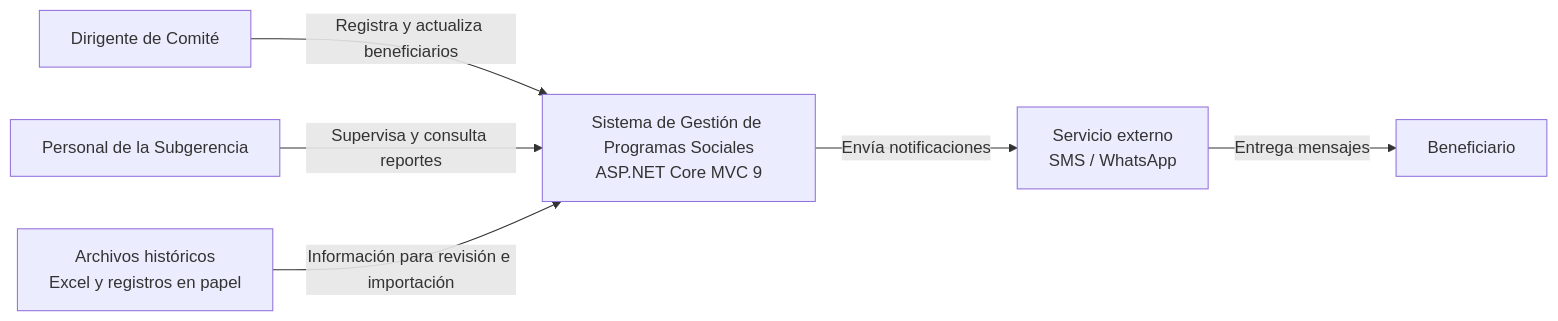
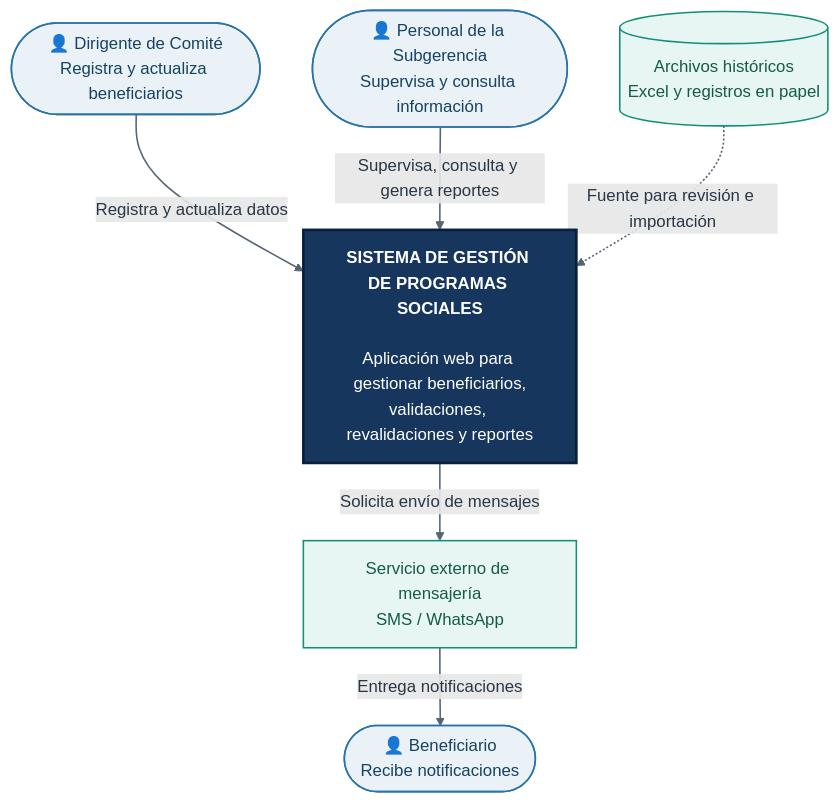
One commit to Yey-Cardenas/Programas-Sociales changed the diagram in arquitectura/C4/C1-contexto.md. Above: the diagram before and after it, drawn with Mermaid. The commit also changed other lines of this file and 3 other files, not shown here.

Commit message:
docs: mejorar diagramas del modelo C4 con Mermaid

````diff
--- a/arquitectura/C4/C1-contexto.md
+++ b/arquitectura/C4/C1-contexto.md
@@ -12,15 +10,32 @@
 ```mermaid
-flowchart LR
-    Dirigente["Dirigente de Comité"]
-    Personal["Personal de la Subgerencia"]
-    Beneficiario["Beneficiario"]
-    Sistema["Sistema de Gestión de Programas Sociales<br/>ASP.NET Core MVC 9"]
-    Archivos["Archivos históricos<br/>Excel y registros en papel"]
-    Mensajeria["Servicio externo<br/>SMS / WhatsApp"]
+flowchart TB
+    %% Actores
+    DIR(["👤 Dirigente de Comité<br/>Registra y actualiza beneficiarios"])
+    SUB(["👤 Personal de la Subgerencia<br/>Supervisa y consulta información"])
+    BEN(["👤 Beneficiario<br/>Recibe notificaciones"])
 
-    Dirigente -->|"Registra y actualiza beneficiarios"| Sistema
-    Personal -->|"Supervisa y consulta reportes"| Sistema
-    Sistema -->|"Envía notificaciones"| Mensajeria
-    Mensajeria -->|"Entrega mensajes"| Beneficiario
-    Archivos -->|"Información para revisión e importación"| Sistema
+    %% Sistema principal
+    SYS["<b>SISTEMA DE GESTIÓN DE PROGRAMAS SOCIALES</b><br/><br/>Aplicación web para gestionar beneficiarios,<br/>validaciones, revalidaciones y reportes"]
+
+    %% Sistemas externos
+    HIST[("Archivos históricos<br/>Excel y registros en papel")]
+    MSG["Servicio externo de mensajería<br/>SMS / WhatsApp"]
+
+    %% Relaciones
+    DIR -->|"Registra y actualiza datos"| SYS
+    SUB -->|"Supervisa, consulta y genera reportes"| SYS
+    HIST -.->|"Fuente para revisión e importación"| SYS
+    SYS -->|"Solicita envío de mensajes"| MSG
+    MSG -->|"Entrega notificaciones"| BEN
+
+    %% Estilos
+    classDef actor fill:#EAF2F8,stroke:#2874A6,color:#154360,stroke-width:1.5px
+    classDef system fill:#17365D,stroke:#0B1F3A,color:#FFFFFF,stroke-width:2.5px
+    classDef external fill:#E8F6F3,stroke:#148F77,color:#145A4A,stroke-width:1.5px
+
+    class DIR,SUB,BEN actor
+    class SYS system
+    class HIST,MSG external
+
+    linkStyle default stroke:#566573,stroke-width:1.5px,color:#273746
 ```
````
